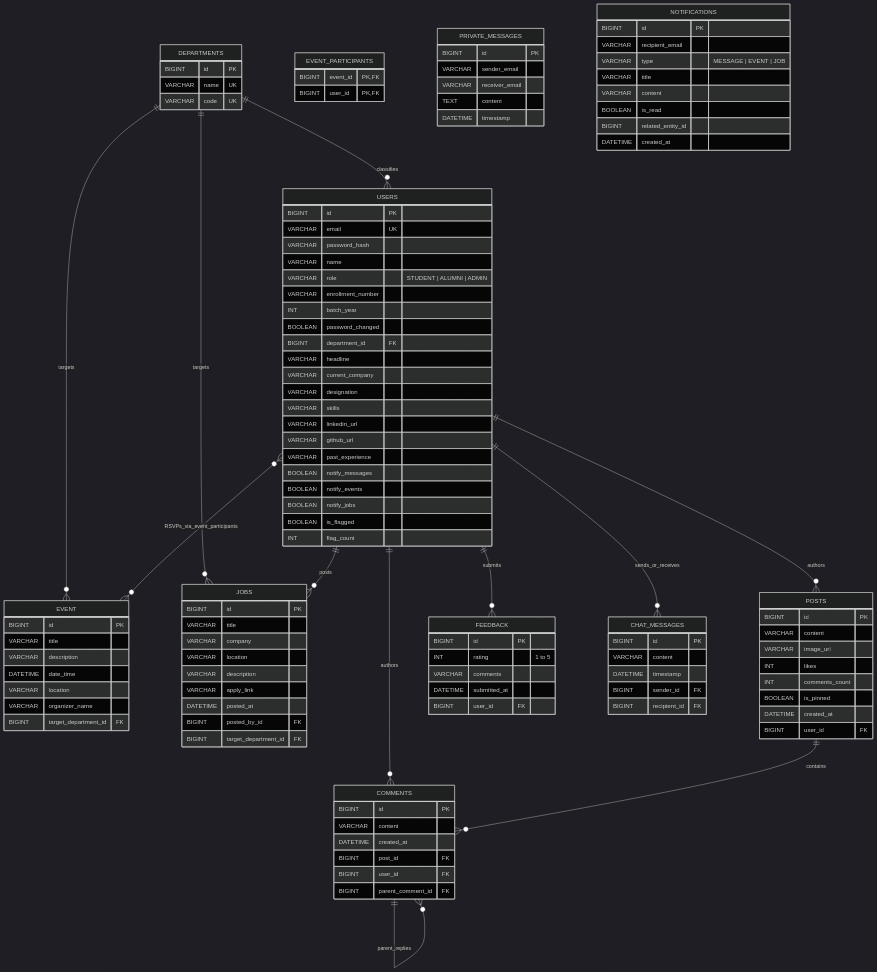
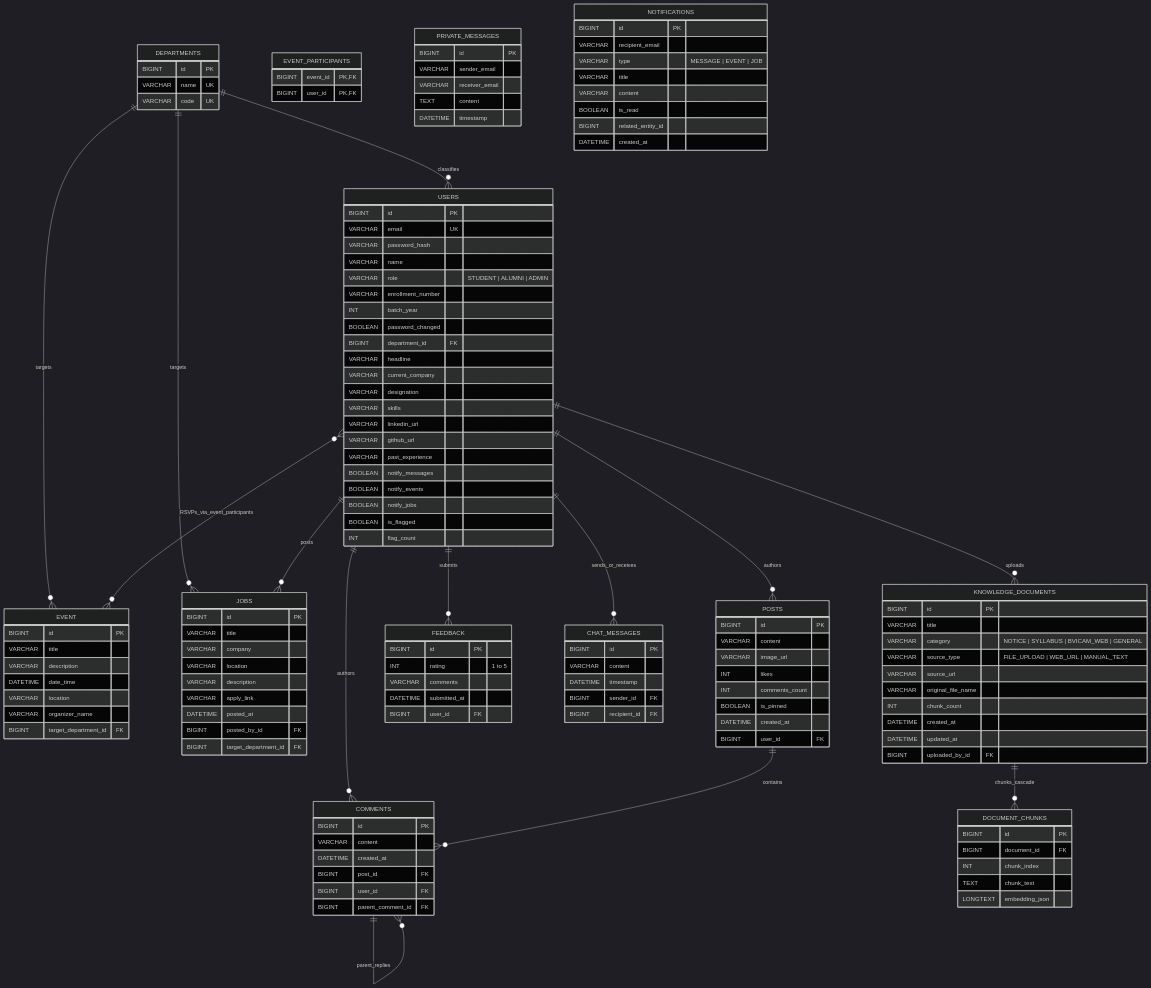
The diagram in docs/database-schema.md (piyushgoel2808/campus-connect), drawn with Mermaid (dark theme) before and after one commit. The commit also changed other lines of this file and 42 other files, not shown here.

````diff
--- a/docs/database-schema.md
+++ b/docs/database-schema.md
@@ -20,6 +20,9 @@
     USERS ||--o{ FEEDBACK : "submits"
     USERS ||--o{ CHAT_MESSAGES : "sends_or_receives"
     USERS }o--o{ EVENT : "RSVPs_via_event_participants"
+    USERS ||--o{ KNOWLEDGE_DOCUMENTS : "uploads"
+
+    KNOWLEDGE_DOCUMENTS ||--o{ DOCUMENT_CHUNKS : "chunks_cascade"
 
     POSTS ||--o{ COMMENTS : "contains"
     COMMENTS ||--o{ COMMENTS : "parent_replies"
@@ -135,4 +138,25 @@
         DATETIME submitted_at
         BIGINT user_id FK
     }
+
+    KNOWLEDGE_DOCUMENTS {
+        BIGINT id PK
+        VARCHAR title
+        VARCHAR category "NOTICE | SYLLABUS | BVICAM_WEB | GENERAL"
+        VARCHAR source_type "FILE_UPLOAD | WEB_URL | MANUAL_TEXT"
+        VARCHAR source_url
+        VARCHAR original_file_name
+        INT chunk_count
+        DATETIME created_at
+        DATETIME updated_at
+        BIGINT uploaded_by_id FK
+    }
+
+    DOCUMENT_CHUNKS {
+        BIGINT id PK
+        BIGINT document_id FK
+        INT chunk_index
+        TEXT chunk_text
+        LONGTEXT embedding_json
+    }
 ```
````
